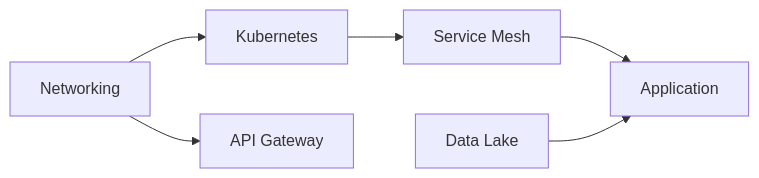
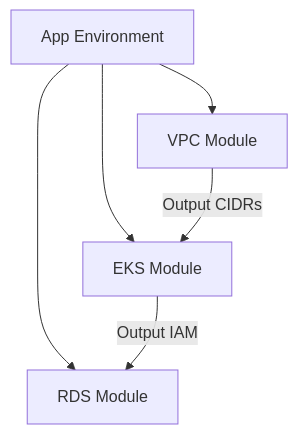
Before and after one commit to Devopstrio/terraform-platform-modules: the seventh of 10 diagrams in README.md, drawn with Mermaid. The commit also changed other lines of this file, not shown here.

Commit message:
docs: implement 10+ professional architecture diagrams with fixed mermaid rendering

````diff
--- a/README.md
+++ b/README.md
@@ -124,8 +183,8 @@
 ```mermaid
-graph LR
-    Net[Networking] --> K8s[Kubernetes]
-    Net --> API[API Gateway]
-    K8s --> Mesh[Service Mesh]
-    Mesh --> App[Application]
-    Lake[Data Lake] --> App
+graph TD
+    Root[App Environment] --> VPC[VPC Module]
+    Root --> K8s[EKS Module]
+    Root --> RDS[RDS Module]
+    VPC -->|Output CIDRs| K8s
+    K8s -->|Output IAM| RDS
 ```
````
